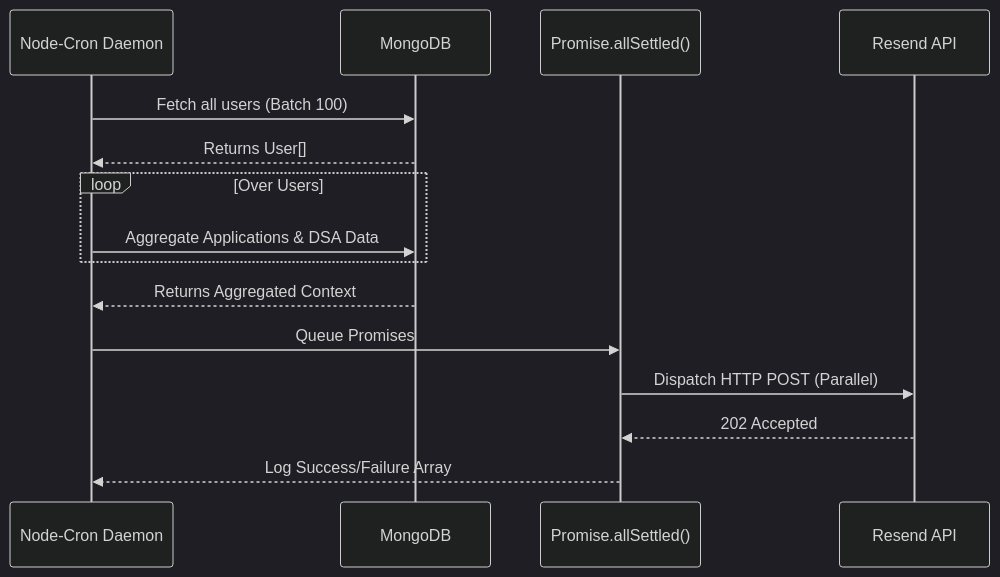
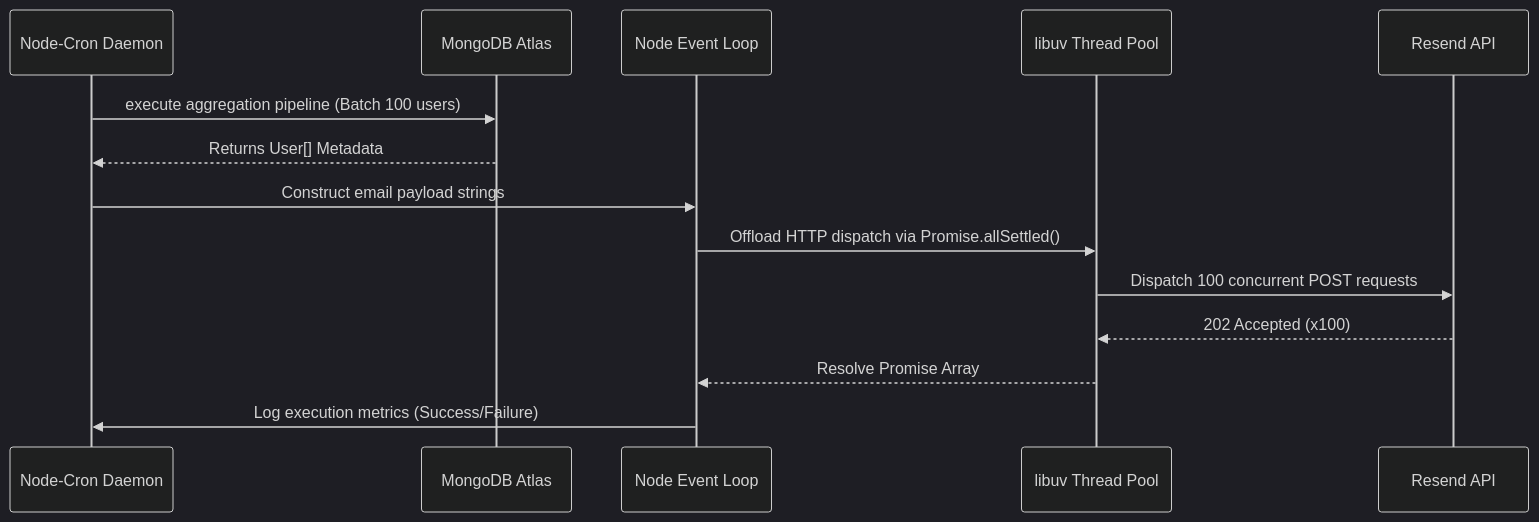
The second of 4 diagrams in README.md (sandeep-kumar-270904/my-personal-tracking-system-), drawn with Mermaid (dark theme) before and after one commit. The commit also changed other lines of this file, not shown here.

````diff
--- a/README.md
+++ b/README.md
@@ -147,18 +160,17 @@
 ```mermaid
 sequenceDiagram
     participant Cron as Node-Cron Daemon
-    participant DB as MongoDB
-    participant App as Promise.allSettled()
+    participant DB as MongoDB Atlas
+    participant V8 as Node Event Loop
+    participant Thread as libuv Thread Pool
     participant SMTP as Resend API
     
-    Cron->>DB: Fetch all users (Batch 100)
-    DB-->>Cron: Returns User[]
-    loop Over Users
-        Cron->>DB: Aggregate Applications & DSA Data
-    end
-    DB-->>Cron: Returns Aggregated Context
-    Cron->>App: Queue Promises
-    App->>SMTP: Dispatch HTTP POST (Parallel)
-    SMTP-->>App: 202 Accepted
-    App-->>Cron: Log Success/Failure Array
+    Cron->>DB: execute aggregation pipeline (Batch 100 users)
+    DB-->>Cron: Returns User[] Metadata
+    Cron->>V8: Construct email payload strings
+    V8->>Thread: Offload HTTP dispatch via Promise.allSettled()
+    Thread->>SMTP: Dispatch 100 concurrent POST requests
+    SMTP-->>Thread: 202 Accepted (x100)
+    Thread-->>V8: Resolve Promise Array
+    V8->>Cron: Log execution metrics (Success/Failure)
 ```
````
